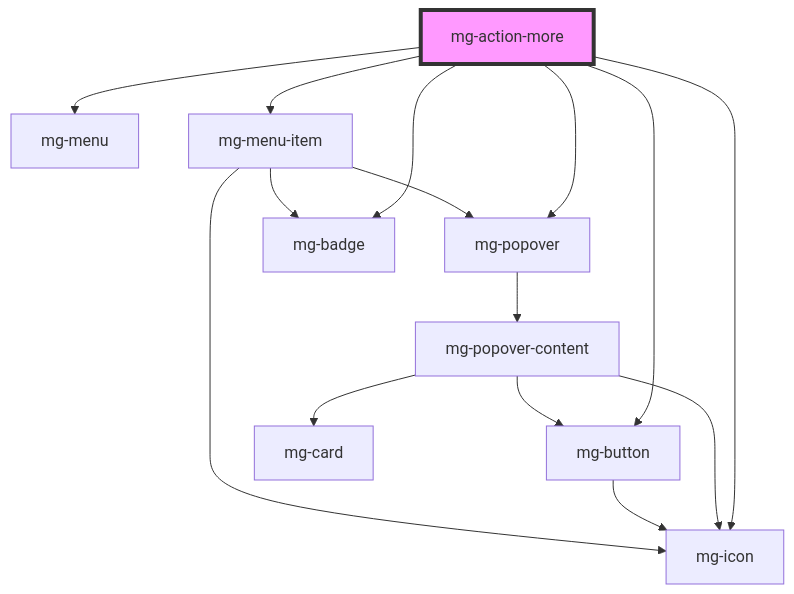
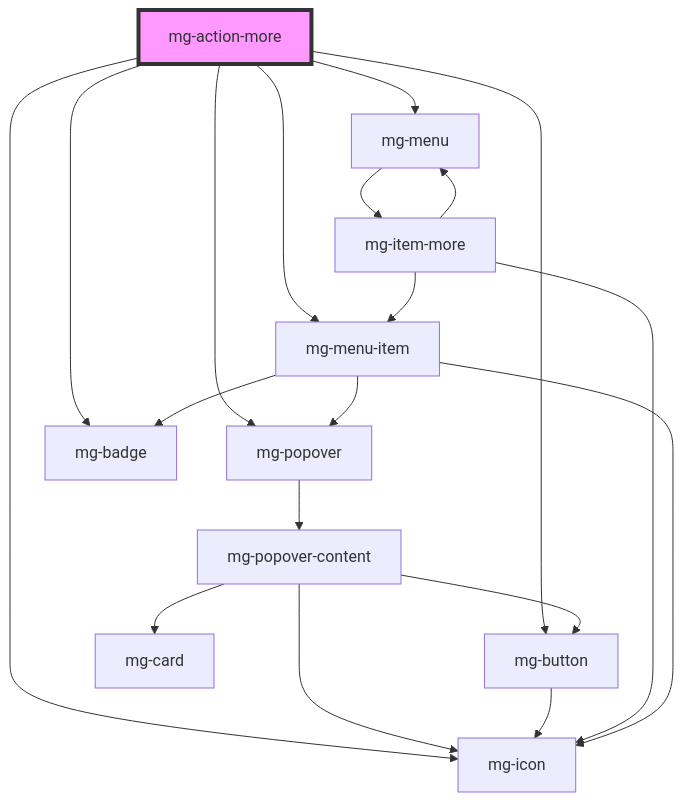
One commit to MGDIS/core-ui changed the diagram in packages/mg-components/src/components/molecules/mg-action-more/readme.md. Above: the diagram before and after it, drawn with Mermaid. The commit also changed other lines of this file and 17 other files, not shown here.

````diff
--- a/packages/mg-components/src/components/molecules/mg-action-more/readme.md
+++ b/packages/mg-components/src/components/molecules/mg-action-more/readme.md
@@ -70,18 +70,22 @@
 ```mermaid
 graph TD;
   mg-action-more --> mg-icon
   mg-action-more --> mg-popover
   mg-action-more --> mg-button
   mg-action-more --> mg-menu
   mg-action-more --> mg-menu-item
   mg-action-more --> mg-badge
   mg-popover --> mg-popover-content
   mg-popover-content --> mg-card
   mg-popover-content --> mg-button
   mg-popover-content --> mg-icon
   mg-button --> mg-icon
+  mg-menu --> mg-item-more
+  mg-item-more --> mg-menu-item
+  mg-item-more --> mg-icon
+  mg-item-more --> mg-menu
   mg-menu-item --> mg-badge
   mg-menu-item --> mg-icon
   mg-menu-item --> mg-popover
   style mg-action-more fill:#f9f,stroke:#333,stroke-width:4px
 ```
````
